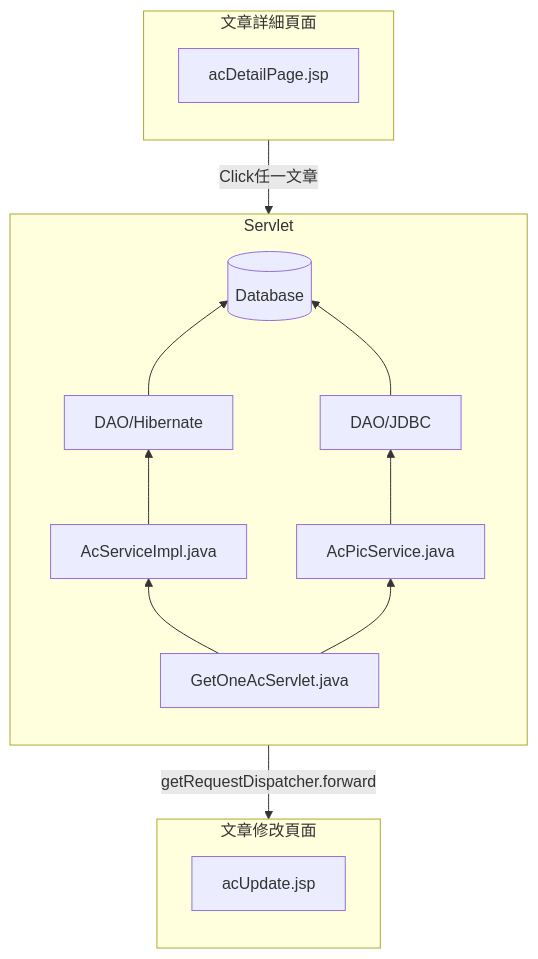
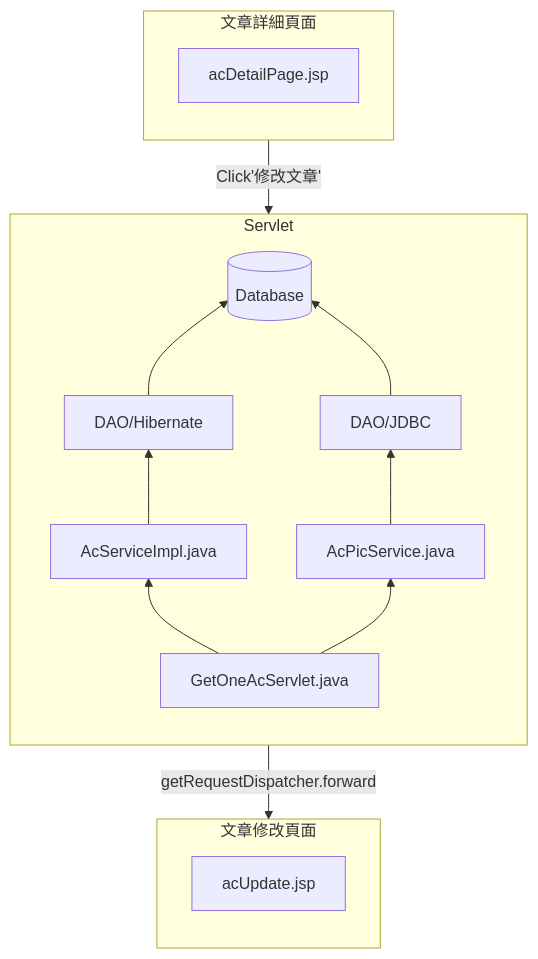
Diagram 12 of 12 in README.md (TLexYuW/CGA103G1OwnPart), drawn with Mermaid before and after one commit.

Commit message:
LexVaultBackup: 2022-09-12 22:03:36
Affected files:
README.md

````diff
--- a/README.md
+++ b/README.md
@@ -290,27 +290,27 @@
 ```mermaid
 graph TB
 	subgraph Servlet
 	direction BT
 	GOAS[GetOneAcServlet.java] --> ASI[AcServiceImpl.java] 
 	--> H[DAO/Hibernate] --> DB[(Database)]
 	end
 	
 	subgraph Servlet
 	direction BT
 	GOAS[GetOneAcServlet.java] --> APS[AcPicService.java] 
 	--> DAO[DAO/JDBC] --> DB[(Database)]
 	end
 	
 	subgraph 文章修改頁面
 	direction BT
 	acU[acUpdate.jsp]
 	end
 	
 	subgraph 文章詳細頁面
 	direction BT
 	acDP[acDetailPage.jsp]
 	end
 	
-	acDP -->|Click任一文章| GOAS
+	acDP -->|Click'修改文章'| GOAS
 	GOAS -->|getRequestDispatcher.forward| acU
 ```
````
